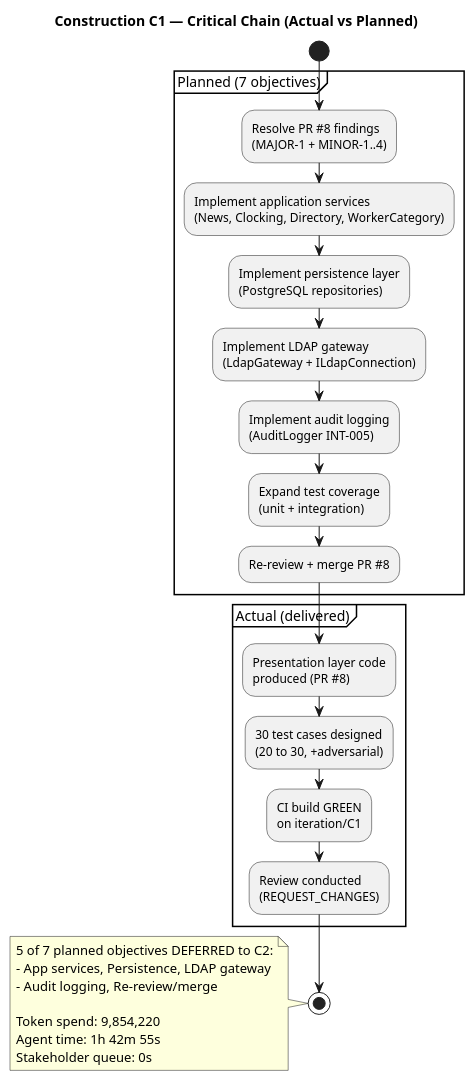
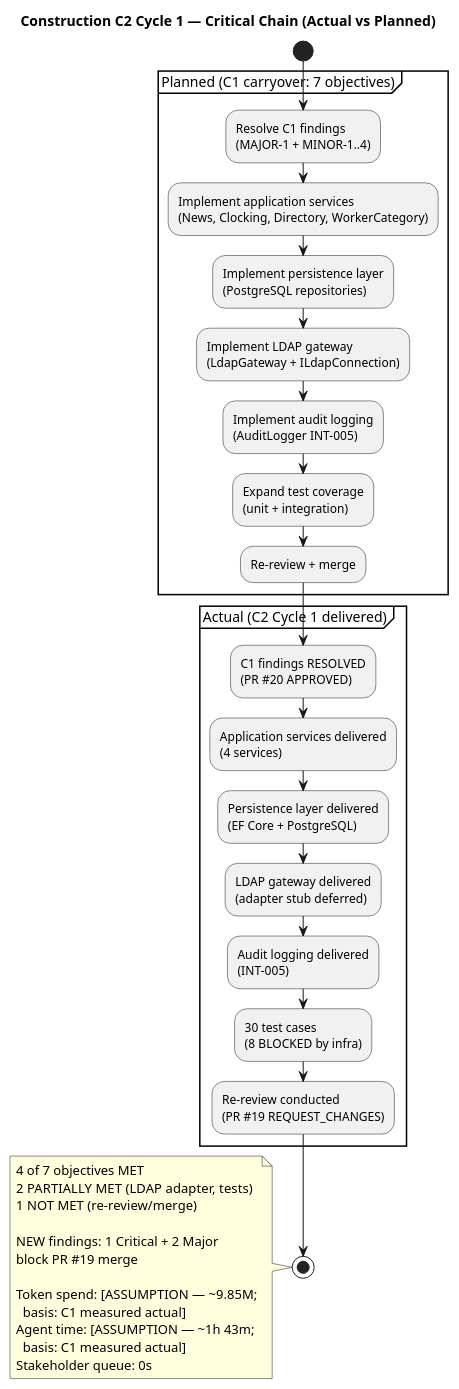
One commit to banense-test/portal-cuba-corp changed the second of 3 diagrams in docs/artifacts/project-management/iteration-assessment.md. Above: the diagram before and after it, drawn with PlantUML. The commit also changed other lines of this file, not shown here.

First line of the commit message:
Project Manager [C2]: upsert Iteration Assessment

````diff
--- a/docs/artifacts/project-management/iteration-assessment.md
+++ b/docs/artifacts/project-management/iteration-assessment.md
@@ -141,36 +135,44 @@
 ```plantuml
 @startuml
-title Construction C1 — Critical Chain (Actual vs Planned)
+title Construction C2 Cycle 1 — Critical Chain (Actual vs Planned)
 
 start
-partition "Planned (7 objectives)" {
-  :Resolve PR #8 findings\n(MAJOR-1 + MINOR-1..4);
+partition "Planned (C1 carryover: 7 objectives)" {
+  :Resolve C1 findings\n(MAJOR-1 + MINOR-1..4);
   :Implement application services\n(News, Clocking, Directory, WorkerCategory);
   :Implement persistence layer\n(PostgreSQL repositories);
   :Implement LDAP gateway\n(LdapGateway + ILdapConnection);
   :Implement audit logging\n(AuditLogger INT-005);
   :Expand test coverage\n(unit + integration);
-  :Re-review + merge PR #8;
+  :Re-review + merge;
 }
 
-partition "Actual (delivered)" {
-  :Presentation layer code\nproduced (PR #8);
-  :30 test cases designed\n(20 to 30, +adversarial);
-  :CI build GREEN\non iteration/C1;
-  :Review conducted\n(REQUEST_CHANGES);
+partition "Actual (C2 Cycle 1 delivered)" {
+  :C1 findings RESOLVED\n(PR #20 APPROVED);
+  :Application services delivered\n(4 services);
+  :Persistence layer delivered\n(EF Core + PostgreSQL);
+  :LDAP gateway delivered\n(adapter stub deferred);
+  :Audit logging delivered\n(INT-005);
+  :30 test cases\n(8 BLOCKED by infra);
+  :Re-review conducted\n(PR #19 REQUEST_CHANGES);
 }
 
 stop
 
 note
-  5 of 7 planned objectives DEFERRED to C2:
-  - App services, Persistence, LDAP gateway
-  - Audit logging, Re-review/merge
+  4 of 7 objectives MET
+  2 PARTIALLY MET (LDAP adapter, tests)
+  1 NOT MET (re-review/merge)
   
-  Token spend: 9,854,220
-  Agent time: 1h 42m 55s
+  NEW findings: 1 Critical + 2 Major
+  block PR #19 merge
+  
+  Token spend: [ASSUMPTION — ~9.85M;
+    basis: C1 measured actual]
+  Agent time: [ASSUMPTION — ~1h 43m;
+    basis: C1 measured actual]
   Stakeholder queue: 0s
 end note
 
 @enduml
 ```
````
